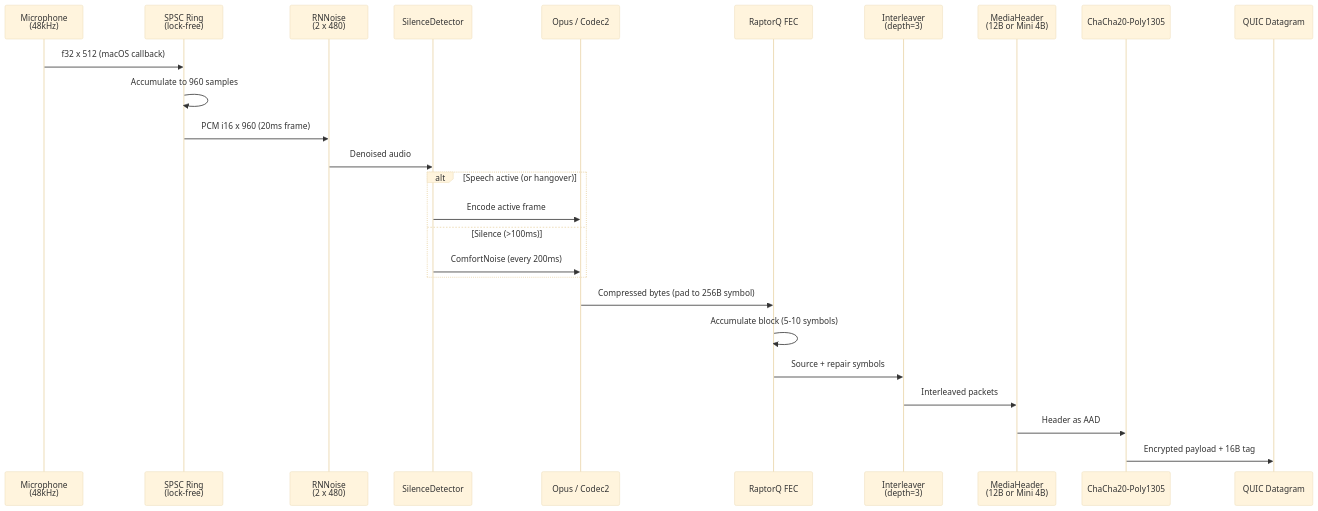
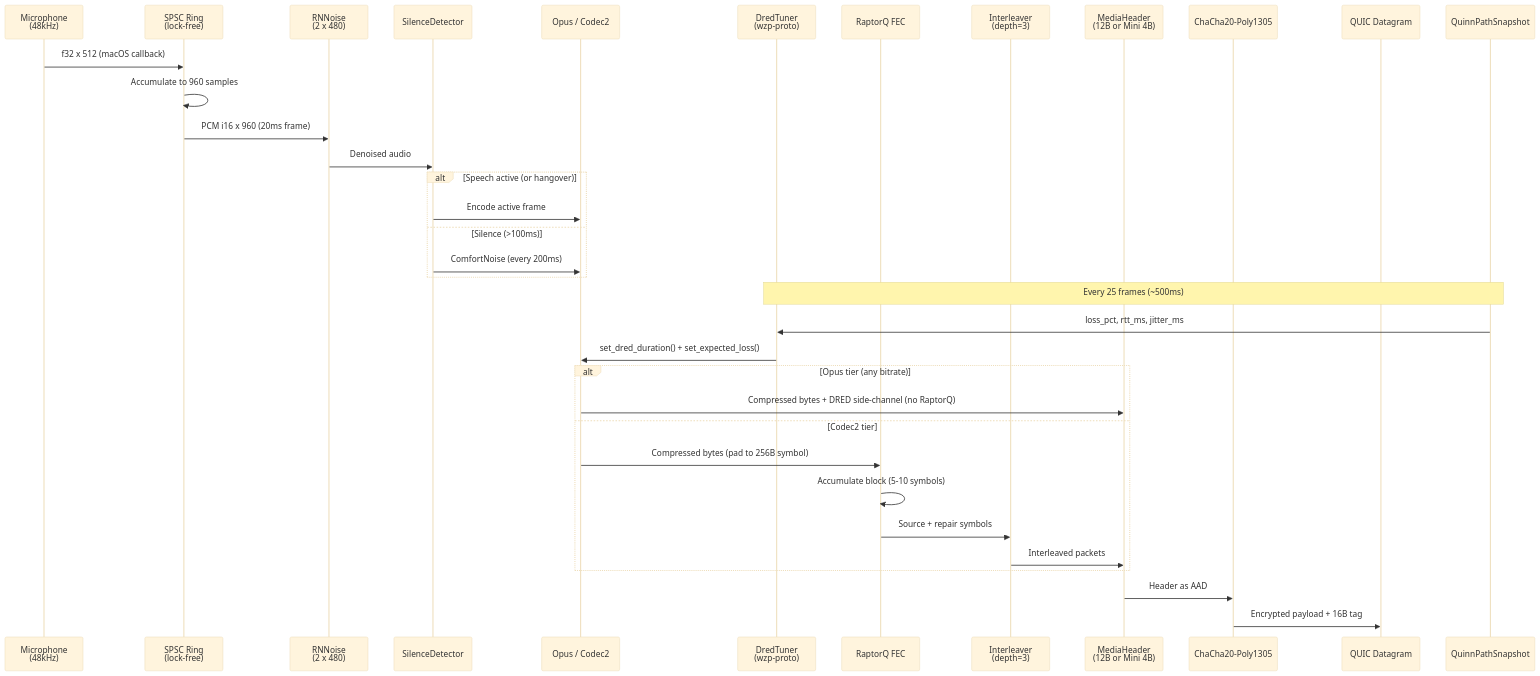
One commit to manawenuz/wzp changed the third of 19 diagrams in docs/ARCHITECTURE.md. Above: the diagram before and after it, drawn with Mermaid (base theme). The commit also changed other lines of this file and 18 other files, not shown here.

First line of the commit message:
feat(dred): continuous DRED tuning, PMTUD, extended Opus6k window

````diff
--- a/docs/ARCHITECTURE.md
+++ b/docs/ARCHITECTURE.md
@@ -99,29 +99,40 @@
 ```mermaid
 sequenceDiagram
     participant Mic as Microphone<br/>(48kHz)
     participant Ring as SPSC Ring<br/>(lock-free)
     participant RNN as RNNoise<br/>(2 x 480)
     participant VAD as SilenceDetector
     participant Codec as Opus / Codec2
+    participant DT as DredTuner<br/>(wzp-proto)
     participant FEC as RaptorQ FEC
     participant INT as Interleaver<br/>(depth=3)
     participant HDR as MediaHeader<br/>(12B or Mini 4B)
     participant Enc as ChaCha20-Poly1305
     participant QUIC as QUIC Datagram
+    participant QPS as QuinnPathSnapshot
 
     Mic->>Ring: f32 x 512 (macOS callback)
     Ring->>Ring: Accumulate to 960 samples
     Ring->>RNN: PCM i16 x 960 (20ms frame)
     RNN->>VAD: Denoised audio
     alt Speech active (or hangover)
         VAD->>Codec: Encode active frame
     else Silence (>100ms)
         VAD->>Codec: ComfortNoise (every 200ms)
     end
-    Codec->>FEC: Compressed bytes (pad to 256B symbol)
-    FEC->>FEC: Accumulate block (5-10 symbols)
-    FEC->>INT: Source + repair symbols
-    INT->>HDR: Interleaved packets
+
+    Note over QPS,DT: Every 25 frames (~500ms)
+    QPS->>DT: loss_pct, rtt_ms, jitter_ms
+    DT->>Codec: set_dred_duration() + set_expected_loss()
+
+    alt Opus tier (any bitrate)
+        Codec->>HDR: Compressed bytes + DRED side-channel (no RaptorQ)
+    else Codec2 tier
+        Codec->>FEC: Compressed bytes (pad to 256B symbol)
+        FEC->>FEC: Accumulate block (5-10 symbols)
+        FEC->>INT: Source + repair symbols
+        INT->>HDR: Interleaved packets
+    end
     HDR->>Enc: Header as AAD
     Enc->>QUIC: Encrypted payload + 16B tag
 ```
````
